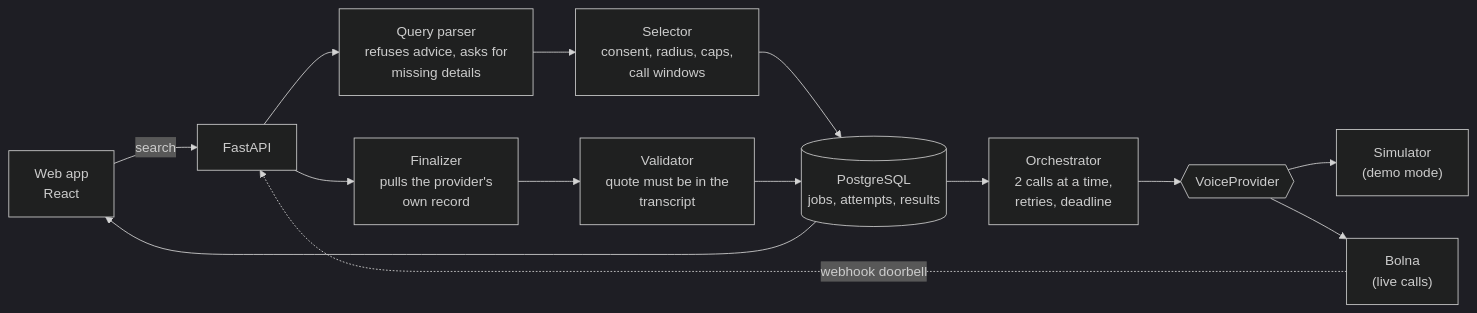
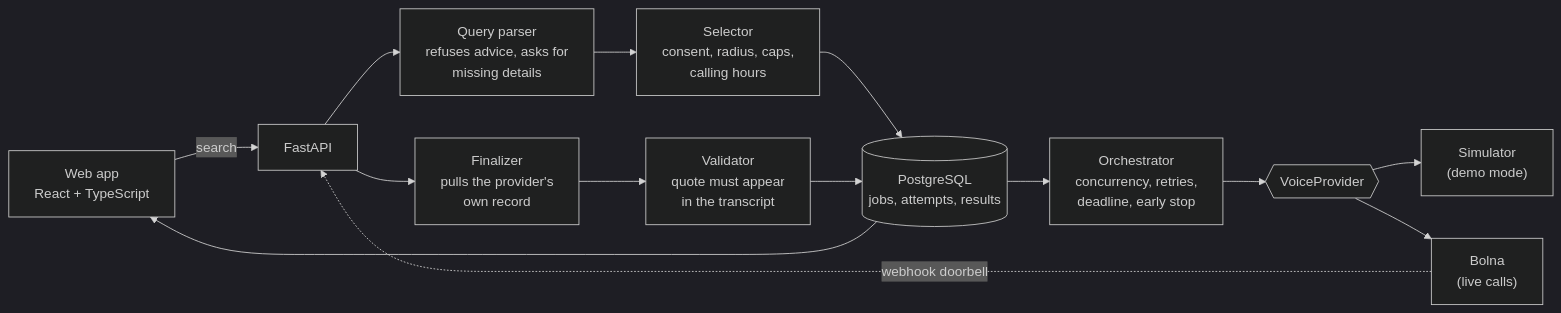
Before and after one commit to aadamaftabpersonal-boop/SONAR_AI: the diagram in README.md, drawn with Mermaid (dark theme). The commit also changed other lines of this file, not shown here.

Commit message:
docs: professional README with status, principles, setup, configuration and API

````diff
--- a/README.md
+++ b/README.md
@@ -16,16 +64,16 @@
 ```mermaid
 flowchart LR
-  UI["Web app<br/>React"] -->|search| API["FastAPI"]
+  UI["Web app<br/>React + TypeScript"] -->|search| API["FastAPI"]
   API --> Q["Query parser<br/>refuses advice, asks for<br/>missing details"]
-  Q --> SEL["Selector<br/>consent, radius, caps,<br/>call windows"]
+  Q --> SEL["Selector<br/>consent, radius, caps,<br/>calling hours"]
   SEL --> DB[("PostgreSQL<br/>jobs, attempts, results")]
-  DB --> ORCH["Orchestrator<br/>2 calls at a time,<br/>retries, deadline"]
+  DB --> ORCH["Orchestrator<br/>concurrency, retries,<br/>deadline, early stop"]
   ORCH --> VP{{"VoiceProvider"}}
   VP --> SIM["Simulator<br/>(demo mode)"]
   VP --> BOLNA["Bolna<br/>(live calls)"]
   BOLNA -. webhook doorbell .-> API
   API --> FIN["Finalizer<br/>pulls the provider's<br/>own record"]
-  FIN --> VAL["Validator<br/>quote must be in the<br/>transcript"]
+  FIN --> VAL["Validator<br/>quote must appear<br/>in the transcript"]
   VAL --> DB
   DB --> UI
 ```
````
